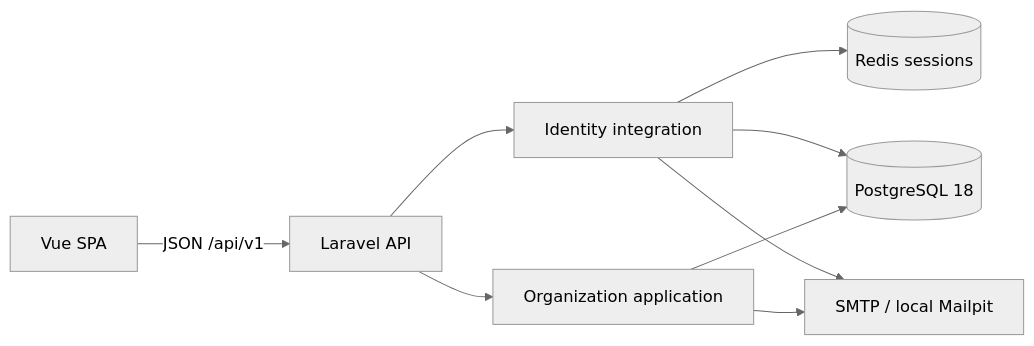
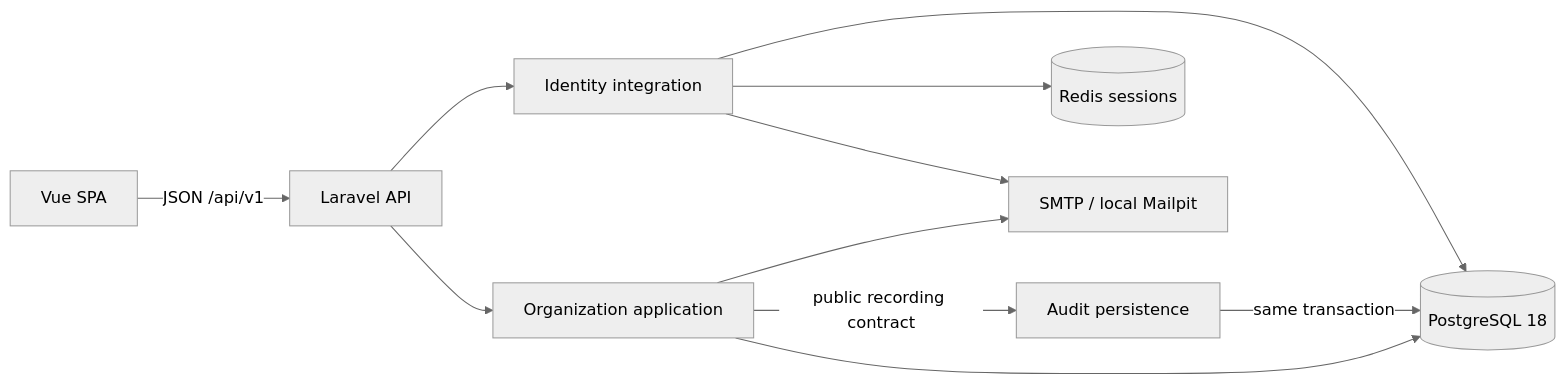
The diagram in docs/architecture/system-overview.md (Assemessam/core-erp), drawn with Mermaid (neutral theme) before and after one commit. The commit also changed other lines of this file and 16 other files, not shown here.

Commit message:
feat: audit organization and RBAC mutations

````diff
--- a/docs/architecture/system-overview.md
+++ b/docs/architecture/system-overview.md
@@ -5,11 +5,13 @@
 ```mermaid
 flowchart LR
     SPA[Vue SPA] -->|JSON /api/v1| API[Laravel API]
     API --> Identity[Identity integration]
     API --> Organization[Organization application]
     Organization --> PG[(PostgreSQL 18)]
+    Organization -->|public recording contract| Audit[Audit persistence]
+    Audit -->|same transaction| PG
     Identity --> PG
     Identity --> Redis[(Redis sessions)]
     Organization --> Mailpit[SMTP / local Mailpit]
     Identity --> Mailpit
 ```
````
